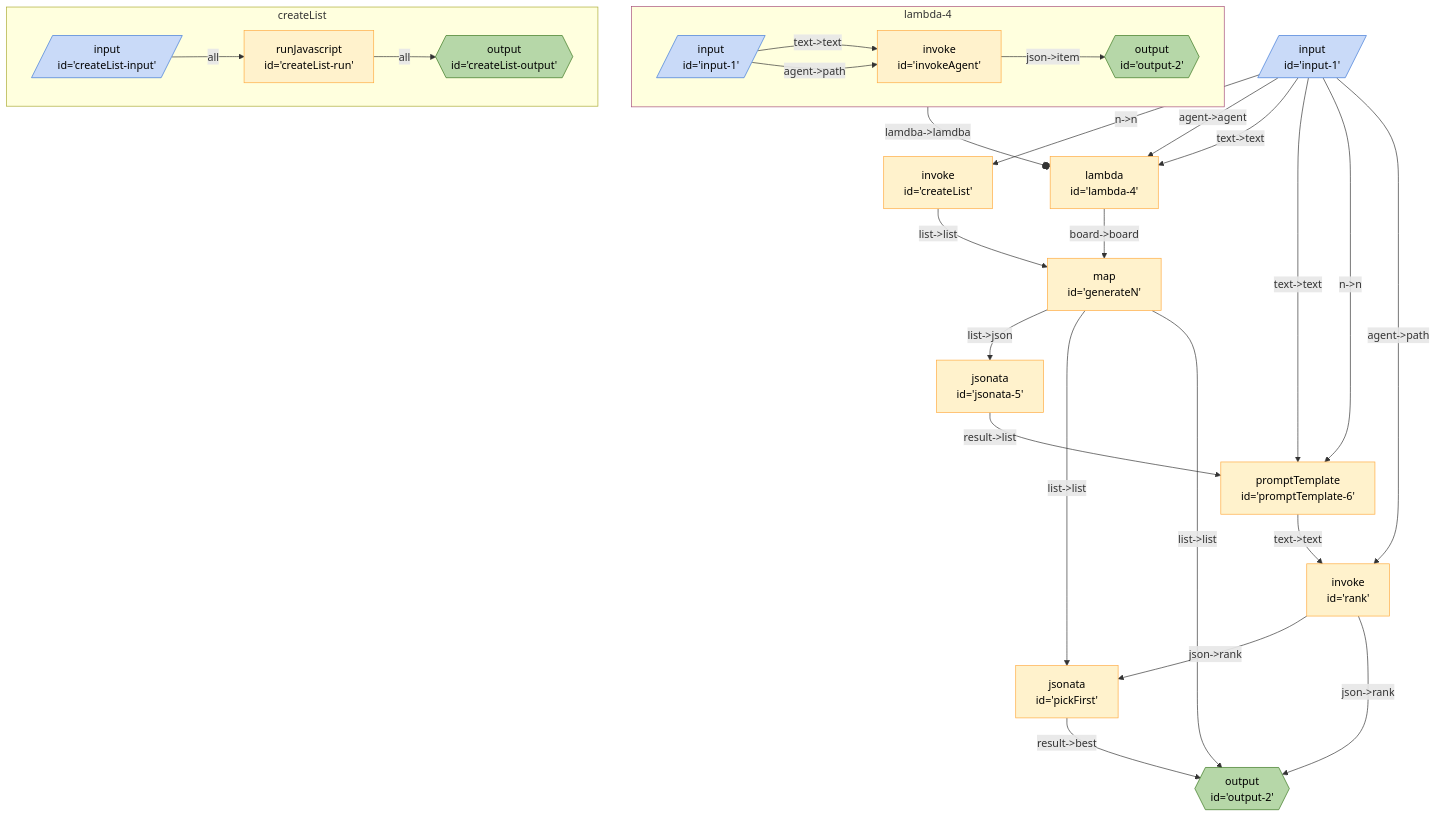
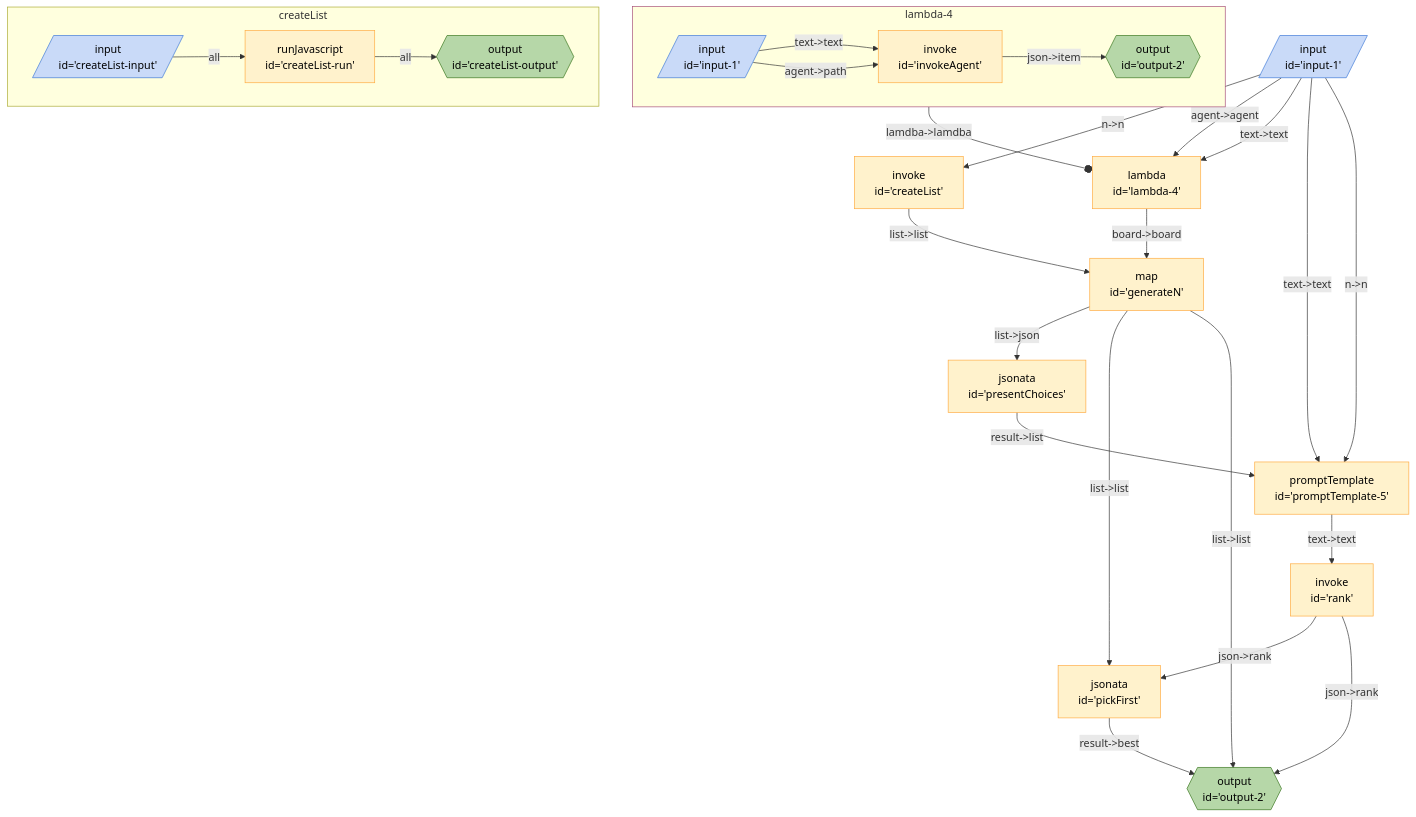
One commit to breadboard-ai/breadboard changed the diagram in packages/breadboard-web/docs/graphs/best-of-n.md. Above: the diagram before and after it, drawn with Mermaid. The commit also changed 6 other files, not shown here.

````diff
--- a/packages/breadboard-web/docs/graphs/best-of-n.md
+++ b/packages/breadboard-web/docs/graphs/best-of-n.md
@@ -3,41 +3,40 @@
 ```mermaid
 %%{init: 'themeVariables': { 'fontFamily': 'Fira Code, monospace' }}%%
 graph TD;
 pickFirst["jsonata <br> id='pickFirst'"] -- "result->best" --> output2{{"output <br> id='output-2'"}}:::output
-generateN["map <br> id='generateN'"] -- "list->json" --> jsonata5["jsonata <br> id='jsonata-5'"]
+generateN["map <br> id='generateN'"] -- "list->json" --> presentChoices["jsonata <br> id='presentChoices'"]
 generateN["map <br> id='generateN'"] -- "list->list" --> pickFirst["jsonata <br> id='pickFirst'"]
 generateN["map <br> id='generateN'"] -- "list->list" --> output2{{"output <br> id='output-2'"}}:::output
 rank["invoke <br> id='rank'"] -- "json->rank" --> pickFirst["jsonata <br> id='pickFirst'"]
 rank["invoke <br> id='rank'"] -- "json->rank" --> output2{{"output <br> id='output-2'"}}:::output
 lambda4["lambda <br> id='lambda-4'"] -- "board->board" --> generateN["map <br> id='generateN'"]
 subgraph sg_lambda4 [lambda-4]
 lambda4_invokeAgent["invoke <br> id='invokeAgent'"] -- "json->item" --> lambda4_output2{{"output <br> id='output-2'"}}:::output
 lambda4_input1[/"input <br> id='input-1'"/]:::input -- "text->text" --> lambda4_invokeAgent["invoke <br> id='invokeAgent'"]
 lambda4_input1[/"input <br> id='input-1'"/]:::input -- "agent->path" --> lambda4_invokeAgent["invoke <br> id='invokeAgent'"]
 end
 sg_lambda4:::slotted -- "lamdba->lamdba" --o lambda4
 
 createList["invoke <br> id='createList'"] -- "list->list" --> generateN["map <br> id='generateN'"]
-jsonata5["jsonata <br> id='jsonata-5'"] -- "result->list" --> promptTemplate6["promptTemplate <br> id='promptTemplate-6'"]
+presentChoices["jsonata <br> id='presentChoices'"] -- "result->list" --> promptTemplate5["promptTemplate <br> id='promptTemplate-5'"]
+promptTemplate5["promptTemplate <br> id='promptTemplate-5'"] -- "text->text" --> rank["invoke <br> id='rank'"]
 input1[/"input <br> id='input-1'"/]:::input -- "n->n" --> createList["invoke <br> id='createList'"]
 input1[/"input <br> id='input-1'"/]:::input -- "agent->agent" --> lambda4["lambda <br> id='lambda-4'"]
 input1[/"input <br> id='input-1'"/]:::input -- "text->text" --> lambda4["lambda <br> id='lambda-4'"]
-input1[/"input <br> id='input-1'"/]:::input -- "text->text" --> promptTemplate6["promptTemplate <br> id='promptTemplate-6'"]
-input1[/"input <br> id='input-1'"/]:::input -- "n->n" --> promptTemplate6["promptTemplate <br> id='promptTemplate-6'"]
-input1[/"input <br> id='input-1'"/]:::input -- "agent->path" --> rank["invoke <br> id='rank'"]
-promptTemplate6["promptTemplate <br> id='promptTemplate-6'"] -- "text->text" --> rank["invoke <br> id='rank'"]
+input1[/"input <br> id='input-1'"/]:::input -- "text->text" --> promptTemplate5["promptTemplate <br> id='promptTemplate-5'"]
+input1[/"input <br> id='input-1'"/]:::input -- "n->n" --> promptTemplate5["promptTemplate <br> id='promptTemplate-5'"]
 
 subgraph sg_createList [createList]
 createList_createListinput[/"input <br> id='createList-input'"/]:::input -- all --> createList_createListrun["runJavascript <br> id='createList-run'"]
 createList_createListrun["runJavascript <br> id='createList-run'"] -- all --> createList_createListoutput{{"output <br> id='createList-output'"}}:::output
 end
 
 classDef default stroke:#ffab40,fill:#fff2ccff,color:#000
 classDef input stroke:#3c78d8,fill:#c9daf8ff,color:#000
 classDef output stroke:#38761d,fill:#b6d7a8ff,color:#000
 classDef passthrough stroke:#a64d79,fill:#ead1dcff,color:#000
 classDef slot stroke:#a64d79,fill:#ead1dcff,color:#000
 classDef config stroke:#a64d79,fill:#ead1dcff,color:#000
 classDef secrets stroke:#db4437,fill:#f4cccc,color:#000
 classDef slotted stroke:#a64d79
 ```
````
